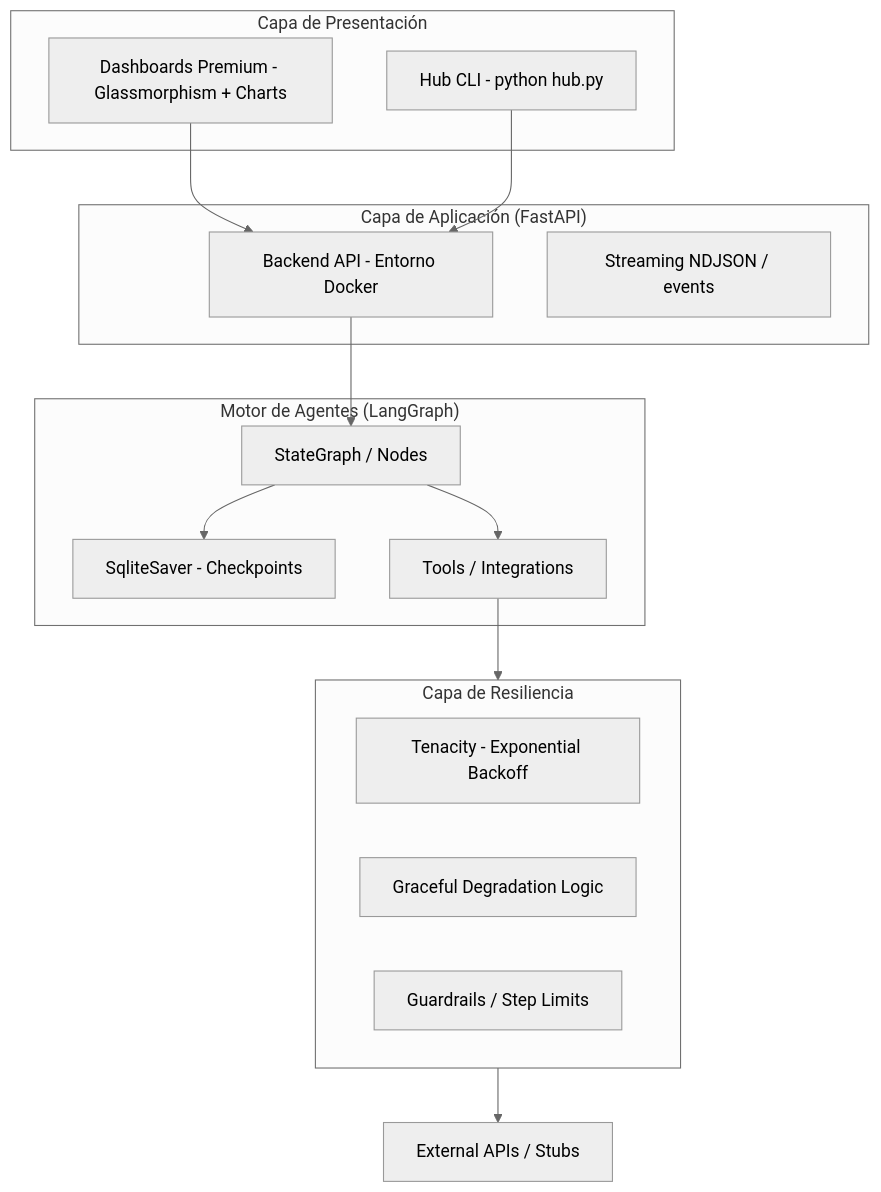
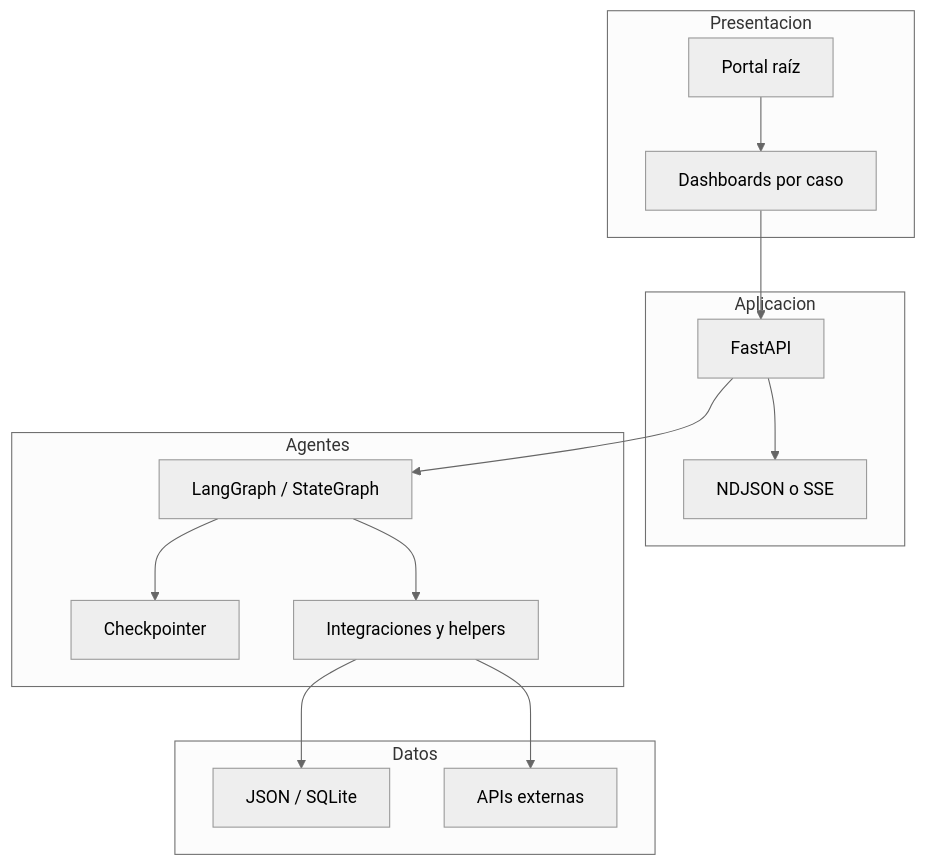
The diagram in docs/ARCHITECTURE.md (vladimiracunadev-create/langgraph-realworld), drawn with Mermaid (neutral theme) before and after one commit. The commit also changed other lines of this file and 54 other files, not shown here.

````diff
--- a/docs/ARCHITECTURE.md
+++ b/docs/ARCHITECTURE.md
@@ -25,32 +24,32 @@
 ```mermaid
 graph TD
-  subgraph "Capa de Presentación"
-    UI[Dashboards Premium - Glassmorphism + Charts]
-    CLI[Hub CLI - python hub.py]
+  subgraph Presentacion
+    Portal[Portal raíz]
+    Dash[Dashboards por caso]
   end
 
-  subgraph "Capa de Aplicación (FastAPI)"
-    API[Backend API - Entorno Docker]
-    Stream[Streaming NDJSON / events]
+  subgraph Aplicacion
+    API[FastAPI]
+    Stream[NDJSON o SSE]
   end
 
-  subgraph "Motor de Agentes (LangGraph)"
-    LG[StateGraph / Nodes]
-    Check[SqliteSaver - Checkpoints]
-    Tools[Tools / Integrations]
+  subgraph Agentes
+    Graph[LangGraph / StateGraph]
+    Check[Checkpointer]
+    Tools[Integraciones y helpers]
   end
 
-  subgraph Resilience ["Capa de Resiliencia"]
-    Ten[Tenacity - Exponential Backoff]
-    Deg[Graceful Degradation Logic]
-    Guard[Guardrails / Step Limits]
+  subgraph Datos
+    Files[JSON / SQLite]
+    External[APIs externas]
   end
 
-  UI --> API
-  CLI --> API
-  API --> LG
-  LG --> Check
-  LG --> Tools
-  Tools --> Resilience
-  Resilience --> Integrations[External APIs / Stubs]
+  Portal --> Dash
+  Dash --> API
+  API --> Stream
+  API --> Graph
+  Graph --> Check
+  Graph --> Tools
+  Tools --> Files
+  Tools --> External
 ```
````
